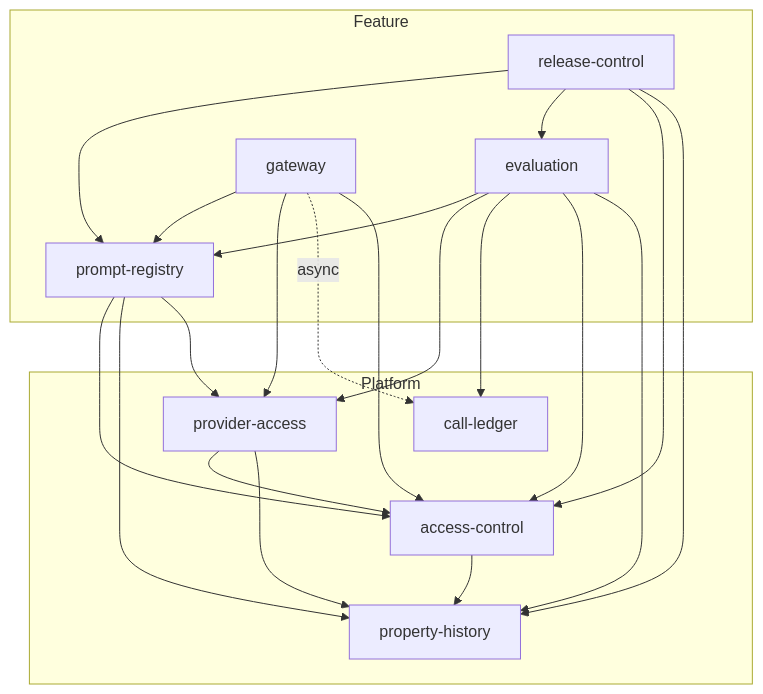
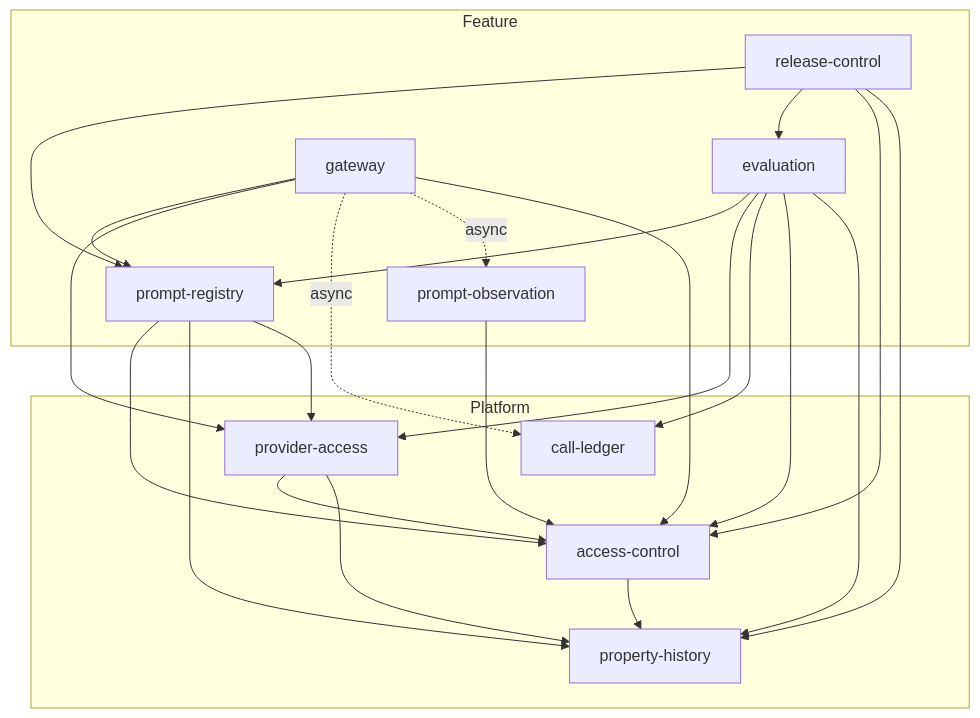
One commit to ngohuunghia-123/Prope_Prompt_Versioning changed the diagram in docs/brainstorm/module_map.md. Above: the diagram before and after it, drawn with Mermaid. The commit also changed other lines of this file and 131 other files, not shown here.

````diff
--- a/docs/brainstorm/module_map.md
+++ b/docs/brainstorm/module_map.md
@@ -142,38 +184,42 @@
 ```mermaid
 graph TD
   subgraph Feature
     REG[prompt-registry]
     EVAL[evaluation]
     REL[release-control]
     GW[gateway]
+    OBS[prompt-observation]
   end
   subgraph Platform
     PROV[provider-access]
     LEDGER[call-ledger]
     ACL[access-control]
     HIST[property-history]
   end
 
   REL --> REG
   REL --> EVAL
   REL --> ACL
   REL --> HIST
 
   EVAL --> REG
   EVAL --> PROV
   EVAL --> LEDGER
   EVAL --> ACL
   EVAL --> HIST
 
   GW --> REG
   GW --> PROV
   GW -.->|async| LEDGER
+  GW -.->|async| OBS
   GW --> ACL
+
+  OBS --> ACL
 
   REG --> ACL
   REG --> HIST
   REG --> PROV
   PROV --> ACL
   PROV --> HIST
   ACL --> HIST
 ```
````
